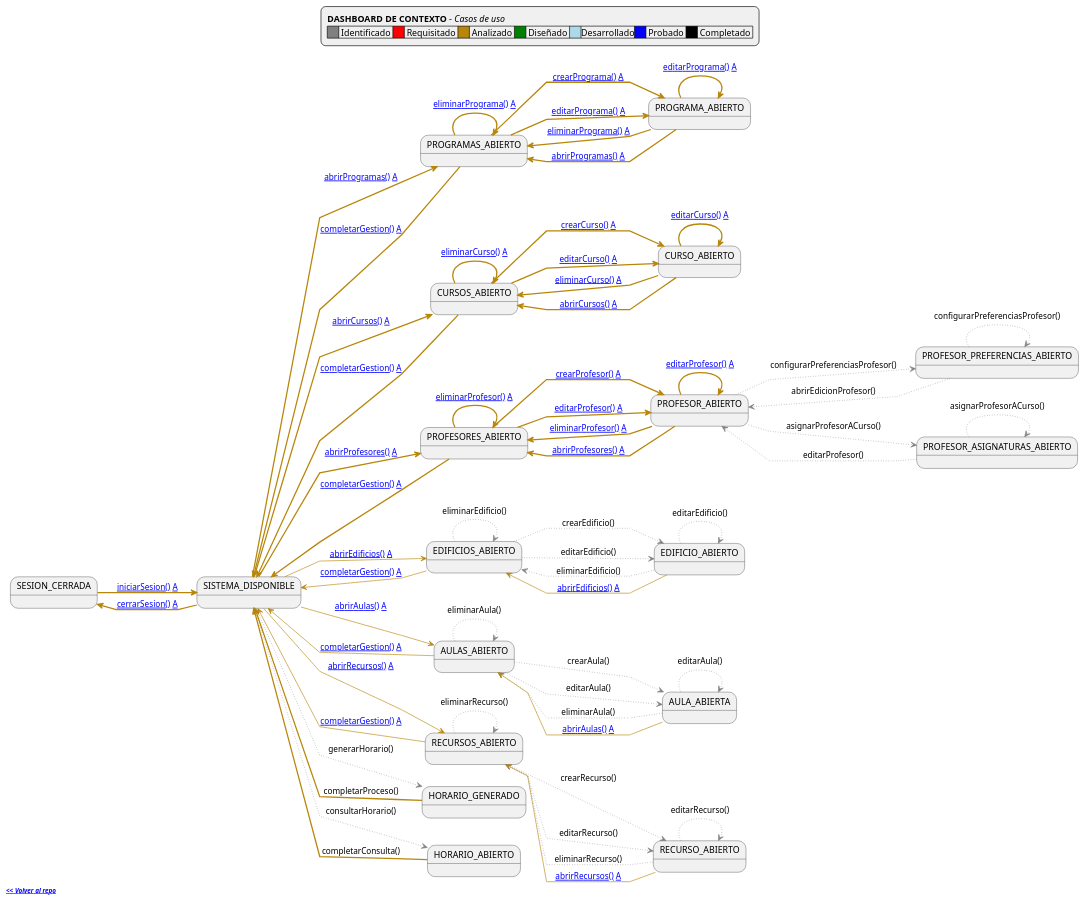
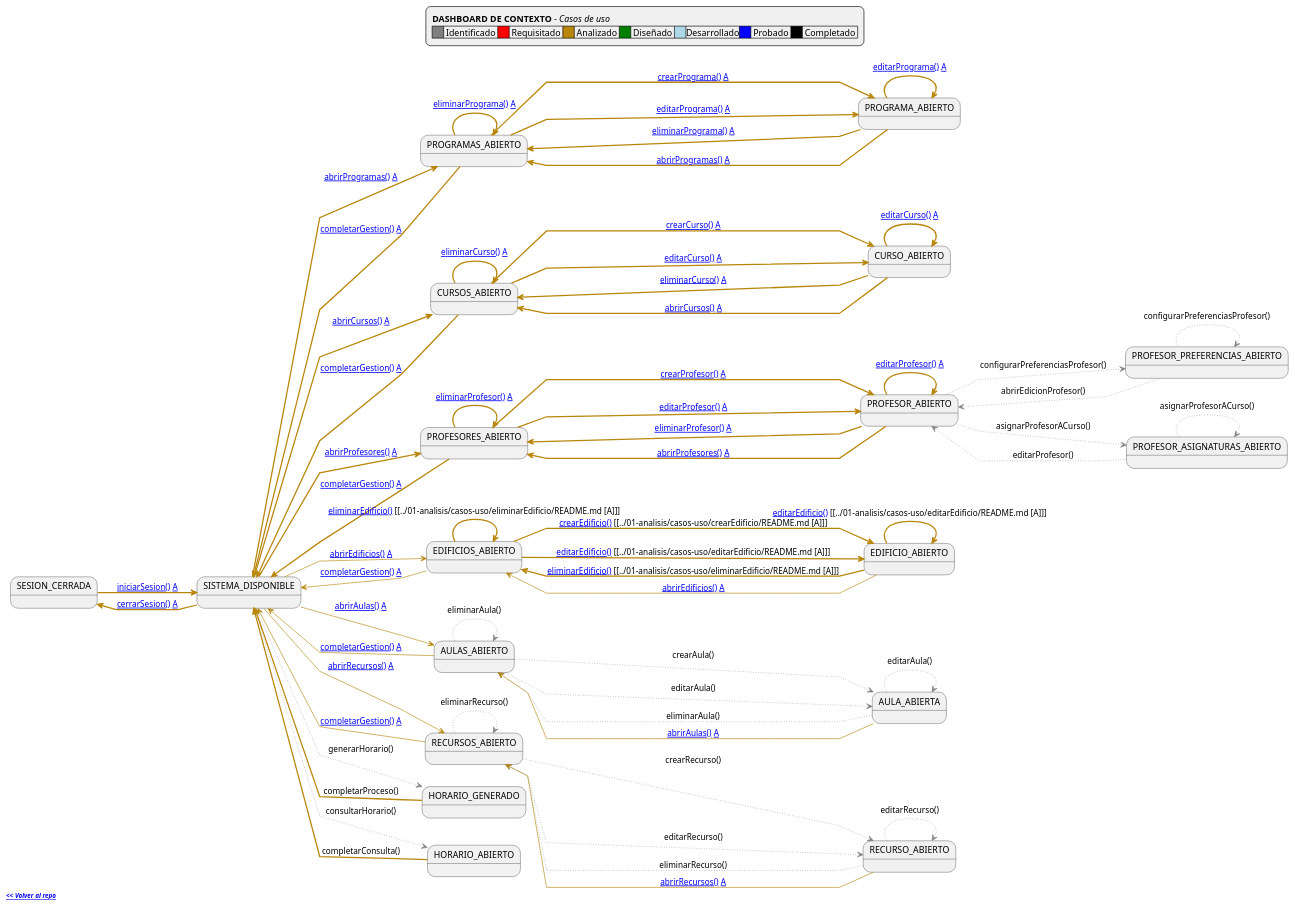
One commit to Hexcss/scheduler changed the diagram in RUP/99-seguimiento/diagrama-contexto-administrador.puml. Above: the diagram before and after it, drawn with PlantUML. The commit also changed 1 other file, not shown here.

Commit message:
docs(dashboard-seguimiento): actualizar progreso con hilo Edificios completo
- Mover casos de uso de Edificios de "identificados" a "en análisis"
- Actualizar estadísticas: 21 casos en análisis (65.63% progreso)
- Reflejar crearEdificio(), editarEdificio(), eliminarEdificio() completados
- Actualizar diagrama PUML con enlaces de navegación funcionales
- Corregir sección "Próximos pasos" sin casos de Edificios
- Mostrar avance real del proyecto con metodología "como comer pipas"

Dashboard de seguimiento actualizado con progreso 65.63%.

🤖 Generated with [Claude Code](https://claude.ai/code)

```diff
--- a/RUP/99-seguimiento/diagrama-contexto-administrador.puml
+++ b/RUP/99-seguimiento/diagrama-contexto-administrador.puml
@@ -1,115 +1,115 @@
 @startuml diagrama-contexto-administrador
 
 left to right direction
 skinparam linetype polyline
 
 <style>
 legend {
   BackGroundColor #f0f0f0;
   'Margin 30
   Padding 10
 }
 footer {
   HorizontalAlignment left
 }
 
 </style>
 
 legend top
     **DASHBOARD DE CONTEXTO** - <i>Casos de uso</i>
     '====
     |<#gray>     | Identificado |<#red>     | Requisitado |<#darkgoldenrod>     | Analizado |<#green>     | Diseñado |<#lightblue>     |Desarrollado|<#blue>     | Probado |<#black>     | Completado |
     '====
     '[**nombreCasoUso()**] -> Especificación detallada / [**A**] -> Análisis MVC
     '====
 end legend
 
 footer
 **<i>[[https://github.com/mmasias/pySigHor << Volver al repo]]</i>** 
 end footer
 
 state "SESION_CERRADA" as NoAuth
 state "SISTEMA_DISPONIBLE" as Menu
 
 state "PROGRAMAS_ABIERTO" as ListProgramas
 state "PROGRAMA_ABIERTO" as EditPrograma
 state "CURSOS_ABIERTO" as ListCursos
 state "CURSO_ABIERTO" as EditCurso
 state "PROFESORES_ABIERTO" as ListProfesores
 state "PROFESOR_ABIERTO" as EditProfesor
 state "PROFESOR_PREFERENCIAS_ABIERTO" as EditProfesorPreferencias
 state "EDIFICIOS_ABIERTO" as ListEdificios
 state "EDIFICIO_ABIERTO" as EditEdificio
 state "AULAS_ABIERTO" as ListAulas
 state "AULA_ABIERTA" as EditAula
 state "RECURSOS_ABIERTO" as ListRecursos
 state "RECURSO_ABIERTO" as EditRecurso
 
 state "PROFESOR_ASIGNATURAS_ABIERTO" as Asignaciones
 state "HORARIO_GENERADO" as Generacion
 state "HORARIO_ABIERTO" as Consulta
 
 NoAuth -[#darkgoldenrod,thickness=2]-> Menu: [[https://github.com/mmasias/pySigHor/blob/main/RUP/00-casos-uso/02-detalle/iniciarSesion/README.md iniciarSesion()]] [[https://github.com/mmasias/pySigHor/blob/main/RUP/01-analisis/casos-uso/iniciarSesion/README.md A]]
 
 Menu -[#darkgoldenrod,thickness=2]-> NoAuth: [[https://github.com/mmasias/pySigHor/blob/main/RUP/00-casos-uso/02-detalle/cerrarSesion/README.md cerrarSesion()]] [[https://github.com/mmasias/pySigHor/blob/main/RUP/01-analisis/casos-uso/cerrarSesion/README.md A]]
 Menu -[#darkgoldenrod,thickness=2]-> ListProgramas: [[https://github.com/mmasias/pySigHor/blob/main/RUP/00-casos-uso/02-detalle/abrirProgramas/README.md abrirProgramas()]] [[https://github.com/mmasias/pySigHor/blob/main/RUP/01-analisis/casos-uso/abrirProgramas/README.md A]]
 Menu -[#darkgoldenrod,thickness=2]-> ListCursos: [[https://github.com/mmasias/pySigHor/blob/main/RUP/00-casos-uso/02-detalle/abrirCursos/README.md abrirCursos()]] [[https://github.com/mmasias/pySigHor/blob/main/RUP/01-analisis/casos-uso/abrirCursos/README.md A]]
 Menu -[#darkgoldenrod,thickness=2]-> ListProfesores: [[https://github.com/mmasias/pySigHor/blob/main/RUP/00-casos-uso/02-detalle/abrirProfesores/README.md abrirProfesores()]] [[https://github.com/mmasias/pySigHor/blob/main/RUP/01-analisis/casos-uso/abrirProfesores/README.md A]]
 Menu -[#darkgoldenrod]-> ListEdificios: [[https://github.com/mmasias/pySigHor/blob/main/RUP/00-casos-uso/02-detalle/abrirEdificios/README.md abrirEdificios()]] [[https://github.com/mmasias/pySigHor/blob/main/RUP/01-analisis/casos-uso/abrirEdificios/README.md A]]
 Menu -[#darkgoldenrod]-> ListAulas: [[https://github.com/mmasias/pySigHor/blob/main/RUP/00-casos-uso/02-detalle/abrirAulas/README.md abrirAulas()]] [[https://github.com/mmasias/pySigHor/blob/main/RUP/01-analisis/casos-uso/abrirAulas/README.md A]]
 Menu -[#darkgoldenrod]-> ListRecursos: [[https://github.com/mmasias/pySigHor/blob/main/RUP/00-casos-uso/02-detalle/abrirRecursos/README.md abrirRecursos()]] [[https://github.com/mmasias/pySigHor/blob/main/RUP/01-analisis/casos-uso/abrirRecursos/README.md A]]
 Menu -[#gray,dotted]-> Generacion: generarHorario()
 Menu -[#gray,dotted]-> Consulta: consultarHorario()
 
 EditProfesor -[#gray,dotted]-> Asignaciones: asignarProfesorACurso()
 
 Asignaciones -[#gray,dotted]-> Asignaciones: asignarProfesorACurso()
 Asignaciones -[#gray,dotted]-> EditProfesor: editarProfesor()
 ListProgramas -[#darkgoldenrod,thickness=2]-> EditPrograma: [[https://github.com/mmasias/pySigHor/blob/main/RUP/00-casos-uso/02-detalle/crearPrograma/README.md crearPrograma()]] [[https://github.com/mmasias/pySigHor/blob/main/RUP/01-analisis/casos-uso/crearPrograma/README.md A]]
 ListProgramas -[#darkgoldenrod,thickness=2]-> EditPrograma: [[https://github.com/mmasias/pySigHor/blob/main/RUP/00-casos-uso/02-detalle/editarPrograma/README.md editarPrograma()]] [[https://github.com/mmasias/pySigHor/blob/main/RUP/01-analisis/casos-uso/editarPrograma/README.md A]]
 ListProgramas -[#darkgoldenrod,thickness=2]-> ListProgramas: [[https://github.com/mmasias/pySigHor/blob/main/RUP/00-casos-uso/02-detalle/eliminarPrograma/README.md eliminarPrograma()]] [[https://github.com/mmasias/pySigHor/blob/main/RUP/01-analisis/casos-uso/eliminarPrograma/README.md A]]
 EditPrograma -[#darkgoldenrod,thickness=2]-> EditPrograma: [[https://github.com/mmasias/pySigHor/blob/main/RUP/00-casos-uso/02-detalle/editarPrograma/README.md editarPrograma()]] [[https://github.com/mmasias/pySigHor/blob/main/RUP/01-analisis/casos-uso/editarPrograma/README.md A]]
 EditPrograma -[#darkgoldenrod,thickness=2]-> ListProgramas: [[https://github.com/mmasias/pySigHor/blob/main/RUP/00-casos-uso/02-detalle/eliminarPrograma/README.md eliminarPrograma()]] [[https://github.com/mmasias/pySigHor/blob/main/RUP/01-analisis/casos-uso/eliminarPrograma/README.md A]]
 EditPrograma -[#darkgoldenrod,thickness=2]-> ListProgramas: [[https://github.com/mmasias/pySigHor/blob/main/RUP/00-casos-uso/02-detalle/abrirProgramas/README.md abrirProgramas()]] [[https://github.com/mmasias/pySigHor/blob/main/RUP/01-analisis/casos-uso/abrirProgramas/README.md A]]
 ListCursos -[#darkgoldenrod,thickness=2]-> EditCurso: [[https://github.com/mmasias/pySigHor/blob/main/RUP/00-casos-uso/02-detalle/crearCurso/README.md crearCurso()]] [[https://github.com/mmasias/pySigHor/blob/main/RUP/01-analisis/casos-uso/crearCurso/README.md A]]
 ListCursos -[#darkgoldenrod,thickness=2]-> EditCurso: [[https://github.com/mmasias/pySigHor/blob/main/RUP/00-casos-uso/02-detalle/editarCurso/README.md editarCurso()]] [[https://github.com/mmasias/pySigHor/blob/main/RUP/01-analisis/casos-uso/editarCurso/README.md A]]
 ListCursos -[#darkgoldenrod,thickness=2]-> ListCursos: [[https://github.com/mmasias/pySigHor/blob/main/RUP/00-casos-uso/02-detalle/eliminarCurso/README.md eliminarCurso()]] [[https://github.com/mmasias/pySigHor/blob/main/RUP/01-analisis/casos-uso/eliminarCurso/README.md A]]
 EditCurso -[#darkgoldenrod,thickness=2]-> EditCurso: [[https://github.com/mmasias/pySigHor/blob/main/RUP/00-casos-uso/02-detalle/editarCurso/README.md editarCurso()]] [[https://github.com/mmasias/pySigHor/blob/main/RUP/01-analisis/casos-uso/editarCurso/README.md A]]
 EditCurso -[#darkgoldenrod,thickness=2]-> ListCursos: [[https://github.com/mmasias/pySigHor/blob/main/RUP/00-casos-uso/02-detalle/eliminarCurso/README.md eliminarCurso()]] [[https://github.com/mmasias/pySigHor/blob/main/RUP/01-analisis/casos-uso/eliminarCurso/README.md A]]
 EditCurso -[#darkgoldenrod,thickness=2]-> ListCursos: [[https://github.com/mmasias/pySigHor/blob/main/RUP/00-casos-uso/02-detalle/abrirCursos/README.md abrirCursos()]] [[https://github.com/mmasias/pySigHor/blob/main/RUP/01-analisis/casos-uso/abrirCursos/README.md A]]
 ListProfesores -[#darkgoldenrod,thickness=2]-> EditProfesor: [[https://github.com/mmasias/pySigHor/blob/main/RUP/00-casos-uso/02-detalle/crearProfesor/README.md crearProfesor()]] [[https://github.com/mmasias/pySigHor/blob/main/RUP/01-analisis/casos-uso/crearProfesor/README.md A]]
 ListProfesores -[#darkgoldenrod,thickness=2]-> EditProfesor: [[https://github.com/mmasias/pySigHor/blob/main/RUP/00-casos-uso/02-detalle/editarProfesor/README.md editarProfesor()]] [[https://github.com/mmasias/pySigHor/blob/main/RUP/01-analisis/casos-uso/editarProfesor/README.md A]]
 ListProfesores -[#darkgoldenrod,thickness=2]-> ListProfesores: [[https://github.com/mmasias/pySigHor/blob/main/RUP/00-casos-uso/02-detalle/eliminarProfesor/README.md eliminarProfesor()]] [[https://github.com/mmasias/pySigHor/blob/main/RUP/01-analisis/casos-uso/eliminarProfesor/README.md A]]
 EditProfesor -[#darkgoldenrod,thickness=2]-> EditProfesor: [[https://github.com/mmasias/pySigHor/blob/main/RUP/00-casos-uso/02-detalle/editarProfesor/README.md editarProfesor()]] [[https://github.com/mmasias/pySigHor/blob/main/RUP/01-analisis/casos-uso/editarProfesor/README.md A]]
 EditProfesor -[#darkgoldenrod,thickness=2]-> ListProfesores: [[https://github.com/mmasias/pySigHor/blob/main/RUP/00-casos-uso/02-detalle/eliminarProfesor/README.md eliminarProfesor()]] [[https://github.com/mmasias/pySigHor/blob/main/RUP/01-analisis/casos-uso/eliminarProfesor/README.md A]]
 EditProfesor -[#gray,dotted]-> EditProfesorPreferencias: configurarPreferenciasProfesor()
 EditProfesor -[#darkgoldenrod,thickness=2]-> ListProfesores: [[https://github.com/mmasias/pySigHor/blob/main/RUP/00-casos-uso/02-detalle/abrirProfesores/README.md abrirProfesores()]] [[https://github.com/mmasias/pySigHor/blob/main/RUP/01-analisis/casos-uso/abrirProfesores/README.md A]]
 EditProfesorPreferencias -[#gray,dotted]-> EditProfesorPreferencias: configurarPreferenciasProfesor()
 EditProfesorPreferencias -[#gray,dotted]-> EditProfesor: abrirEdicionProfesor()
-ListEdificios -[#gray,dotted]-> EditEdificio: crearEdificio()
-ListEdificios -[#gray,dotted]-> EditEdificio: editarEdificio()
-ListEdificios -[#gray,dotted]-> ListEdificios: eliminarEdificio()
-EditEdificio -[#gray,dotted]-> EditEdificio: editarEdificio()
-EditEdificio -[#gray,dotted]-> ListEdificios: eliminarEdificio()
+ListEdificios -[#darkgoldenrod,bold]-> EditEdificio: [[../00-casos-uso/02-detalle/crearEdificio/README.md crearEdificio()]] [[../01-analisis/casos-uso/crearEdificio/README.md [A]]]
+ListEdificios -[#darkgoldenrod,bold]-> EditEdificio: [[../00-casos-uso/02-detalle/editarEdificio/README.md editarEdificio()]] [[../01-analisis/casos-uso/editarEdificio/README.md [A]]]
+ListEdificios -[#darkgoldenrod,bold]-> ListEdificios: [[../00-casos-uso/02-detalle/eliminarEdificio/README.md eliminarEdificio()]] [[../01-analisis/casos-uso/eliminarEdificio/README.md [A]]]
+EditEdificio -[#darkgoldenrod,bold]-> EditEdificio: [[../00-casos-uso/02-detalle/editarEdificio/README.md editarEdificio()]] [[../01-analisis/casos-uso/editarEdificio/README.md [A]]]
+EditEdificio -[#darkgoldenrod,bold]-> ListEdificios: [[../00-casos-uso/02-detalle/eliminarEdificio/README.md eliminarEdificio()]] [[../01-analisis/casos-uso/eliminarEdificio/README.md [A]]]
 EditEdificio -[#darkgoldenrod]-> ListEdificios: [[https://github.com/mmasias/pySigHor/blob/main/RUP/00-casos-uso/02-detalle/abrirEdificios/README.md abrirEdificios()]] [[https://github.com/mmasias/pySigHor/blob/main/RUP/01-analisis/casos-uso/abrirEdificios/README.md A]]
 ListAulas -[#gray,dotted]-> EditAula: crearAula()
 ListAulas -[#gray,dotted]-> EditAula: editarAula()
 ListAulas -[#gray,dotted]-> ListAulas: eliminarAula()
 EditAula -[#gray,dotted]-> EditAula: editarAula()
 EditAula -[#gray,dotted]-> ListAulas: eliminarAula()
 EditAula -[#darkgoldenrod]-> ListAulas: [[https://github.com/mmasias/pySigHor/blob/main/RUP/00-casos-uso/02-detalle/abrirAulas/README.md abrirAulas()]] [[https://github.com/mmasias/pySigHor/blob/main/RUP/01-analisis/casos-uso/abrirAulas/README.md A]]
 ListRecursos -[#gray,dotted]-> EditRecurso: crearRecurso()
 ListRecursos -[#gray,dotted]-> EditRecurso: editarRecurso()
 ListRecursos -[#gray,dotted]-> ListRecursos: eliminarRecurso()
 EditRecurso -[#gray,dotted]-> EditRecurso: editarRecurso()
 EditRecurso -[#gray,dotted]-> ListRecursos: eliminarRecurso()
 EditRecurso -[#darkgoldenrod]-> ListRecursos: [[https://github.com/mmasias/pySigHor/blob/main/RUP/00-casos-uso/02-detalle/abrirRecursos/README.md abrirRecursos()]] [[https://github.com/mmasias/pySigHor/blob/main/RUP/01-analisis/casos-uso/abrirRecursos/README.md A]]
 ListProgramas -[#darkgoldenrod,thickness=2]-> Menu: [[https://github.com/mmasias/pySigHor/blob/main/RUP/00-casos-uso/02-detalle/completarGestion/README.md completarGestion()]] [[https://github.com/mmasias/pySigHor/blob/main/RUP/01-analisis/casos-uso/completarGestion/README.md A]]
 ListCursos -[#darkgoldenrod,thickness=2]-> Menu: [[https://github.com/mmasias/pySigHor/blob/main/RUP/00-casos-uso/02-detalle/completarGestion/README.md completarGestion()]] [[https://github.com/mmasias/pySigHor/blob/main/RUP/01-analisis/casos-uso/completarGestion/README.md A]]
 ListProfesores -[#darkgoldenrod,thickness=2]-> Menu: [[https://github.com/mmasias/pySigHor/blob/main/RUP/00-casos-uso/02-detalle/completarGestion/README.md completarGestion()]] [[https://github.com/mmasias/pySigHor/blob/main/RUP/01-analisis/casos-uso/completarGestion/README.md A]]
 ListEdificios -[#darkgoldenrod]-> Menu: [[https://github.com/mmasias/pySigHor/blob/main/RUP/00-casos-uso/02-detalle/completarGestion/README.md completarGestion()]] [[https://github.com/mmasias/pySigHor/blob/main/RUP/01-analisis/casos-uso/completarGestion/README.md A]]
 ListAulas -[#darkgoldenrod]-> Menu: [[https://github.com/mmasias/pySigHor/blob/main/RUP/00-casos-uso/02-detalle/completarGestion/README.md completarGestion()]] [[https://github.com/mmasias/pySigHor/blob/main/RUP/01-analisis/casos-uso/completarGestion/README.md A]]
 ListRecursos -[#darkgoldenrod]-> Menu: [[https://github.com/mmasias/pySigHor/blob/main/RUP/00-casos-uso/02-detalle/completarGestion/README.md completarGestion()]] [[https://github.com/mmasias/pySigHor/blob/main/RUP/01-analisis/casos-uso/completarGestion/README.md A]]
 Generacion -[#darkgoldenrod,thickness=2]-> Menu: completarProceso()
 Consulta -[#darkgoldenrod,thickness=2]-> Menu: completarConsulta()
 @enduml
```
